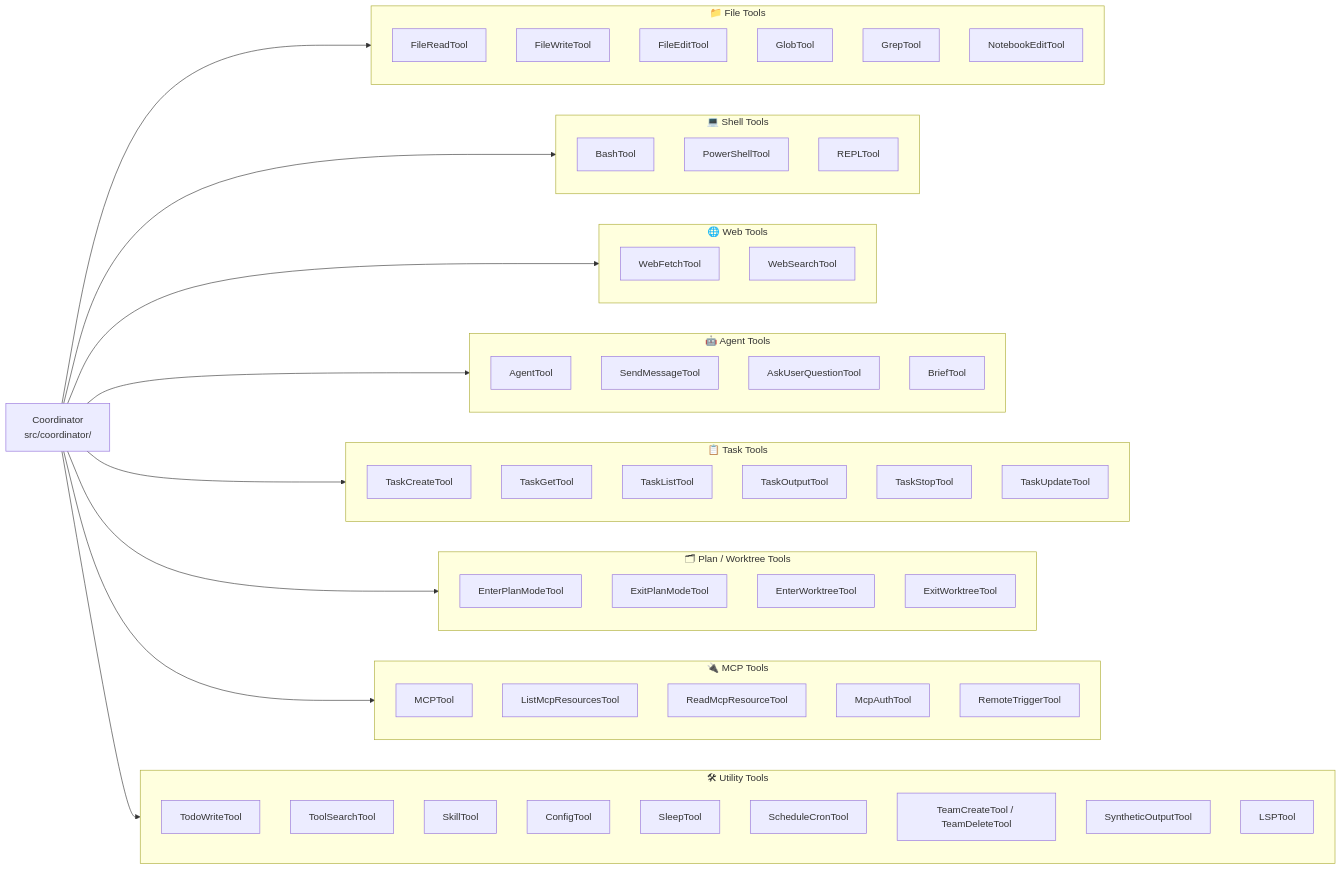
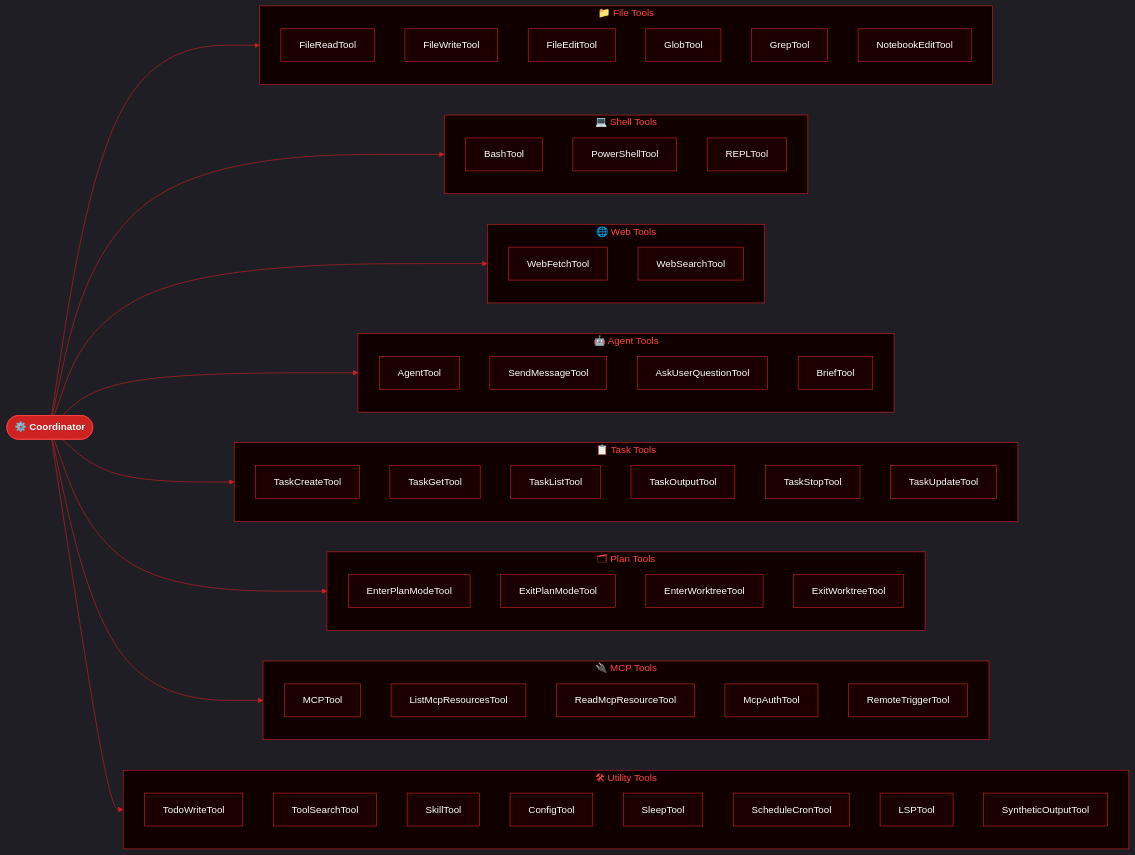
The third of 5 diagrams in README.md (lily0ng/claude-code), drawn with Mermaid before and after one commit. The commit also changed other lines of this file and 1 other file, not shown here.

First line of the commit message:
docs: add logo SVG, colored diagrams, contributors & collaborators

````diff
--- a/README.md
+++ b/README.md
@@ -156,74 +186,86 @@
 ```mermaid
+%%{init: {
+  'theme': 'dark',
+  'themeVariables': {
+    'primaryColor': '#1a0000',
+    'primaryTextColor': '#ffffff',
+    'primaryBorderColor': '#cc2222',
+    'lineColor': '#cc2222',
+    'clusterBkg': '#110000',
+    'clusterBorder': '#cc2222',
+    'titleColor': '#ff4444',
+    'nodeTextColor': '#ffffff',
+    'edgeLabelBackground': '#0d0d0d'
+  }
+}}%%
 graph LR
+    CORE(["⚙️ Coordinator"]):::core
+
     subgraph FILE["📁 File Tools"]
-        FR["FileReadTool"]
-        FW["FileWriteTool"]
-        FE["FileEditTool"]
-        GL["GlobTool"]
-        GR["GrepTool"]
-        NB["NotebookEditTool"]
+        FR["FileReadTool"]:::tool
+        FW["FileWriteTool"]:::tool
+        FE["FileEditTool"]:::tool
+        GL["GlobTool"]:::tool
+        GR["GrepTool"]:::tool
+        NB["NotebookEditTool"]:::tool
     end
 
     subgraph SHELL["💻 Shell Tools"]
-        BT["BashTool"]
-        PS["PowerShellTool"]
-        RP["REPLTool"]
+        BT["BashTool"]:::tool
+        PS["PowerShellTool"]:::tool
+        RP["REPLTool"]:::tool
     end
 
     subgraph WEB["🌐 Web Tools"]
-        WF["WebFetchTool"]
-        WS["WebSearchTool"]
+        WF["WebFetchTool"]:::tool
+        WS["WebSearchTool"]:::tool
     end
 
     subgraph AGENT["🤖 Agent Tools"]
-        AT["AgentTool"]
-        SM["SendMessageTool"]
-        AQ["AskUserQuestionTool"]
-        BR["BriefTool"]
+        AT["AgentTool"]:::tool
+        SM["SendMessageTool"]:::tool
+        AQ["AskUserQuestionTool"]:::tool
+        BR["BriefTool"]:::tool
     end
 
     subgraph TASK["📋 Task Tools"]
-        TC["TaskCreateTool"]
-        TG["TaskGetTool"]
-        TL["TaskListTool"]
-        TO["TaskOutputTool"]
-        TS["TaskStopTool"]
-        TU["TaskUpdateTool"]
+        TC["TaskCreateTool"]:::tool
+        TG["TaskGetTool"]:::tool
+        TL["TaskListTool"]:::tool
+        TO["TaskOutputTool"]:::tool
+        TS["TaskStopTool"]:::tool
+        TU["TaskUpdateTool"]:::tool
     end
 
-    subgraph PLAN["🗂 Plan / Worktree Tools"]
-        EP["EnterPlanModeTool"]
-        XP["ExitPlanModeTool"]
-        EW["EnterWorktreeTool"]
-        XW["ExitWorktreeTool"]
+    subgraph PLAN["🗂 Plan Tools"]
+        EP["EnterPlanModeTool"]:::tool
+        XP["ExitPlanModeTool"]:::tool
+        EW["EnterWorktreeTool"]:::tool
+        XW["ExitWorktreeTool"]:::tool
     end
 
     subgraph MCP["🔌 MCP Tools"]
-        MT["MCPTool"]
-        LM["ListMcpResourcesTool"]
-        RM["ReadMcpResourceTool"]
-        MA["McpAuthTool"]
-        RT["RemoteTriggerTool"]
+        MT["MCPTool"]:::tool
+        LM["ListMcpResourcesTool"]:::tool
+        RM["ReadMcpResourceTool"]:::tool
+        MA["McpAuthTool"]:::tool
+        RT["RemoteTriggerTool"]:::tool
     end
 
     subgraph UTIL["🛠 Utility Tools"]
-        TW["TodoWriteTool"]
-        TS2["ToolSearchTool"]
-        SK["SkillTool"]
-        CF["ConfigTool"]
-        SL["SleepTool"]
-        SC["ScheduleCronTool"]
-        TM["TeamCreateTool / TeamDeleteTool"]
-        SY["SyntheticOutputTool"]
-        LS["LSPTool"]
+        TW["TodoWriteTool"]:::tool
+        TS2["ToolSearchTool"]:::tool
+        SK["SkillTool"]:::tool
+        CF["ConfigTool"]:::tool
+        SL["SleepTool"]:::tool
+        SC["ScheduleCronTool"]:::tool
+        LS["LSPTool"]:::tool
+        SY["SyntheticOutputTool"]:::tool
     end
 
-    CORE["Coordinator\nsrc/coordinator/"] --> FILE
-    CORE --> SHELL
-    CORE --> WEB
-    CORE --> AGENT
-    CORE --> TASK
-    CORE --> PLAN
-    CORE --> MCP
-    CORE --> UTIL
+    CORE --> FILE & SHELL & WEB & AGENT
+    CORE --> TASK & PLAN & MCP & UTIL
+
+    classDef core fill:#cc2222,stroke:#ff4444,color:#fff,font-weight:bold
+    classDef tool fill:#1a0000,stroke:#cc2222,color:#ffffff
 ```
````
